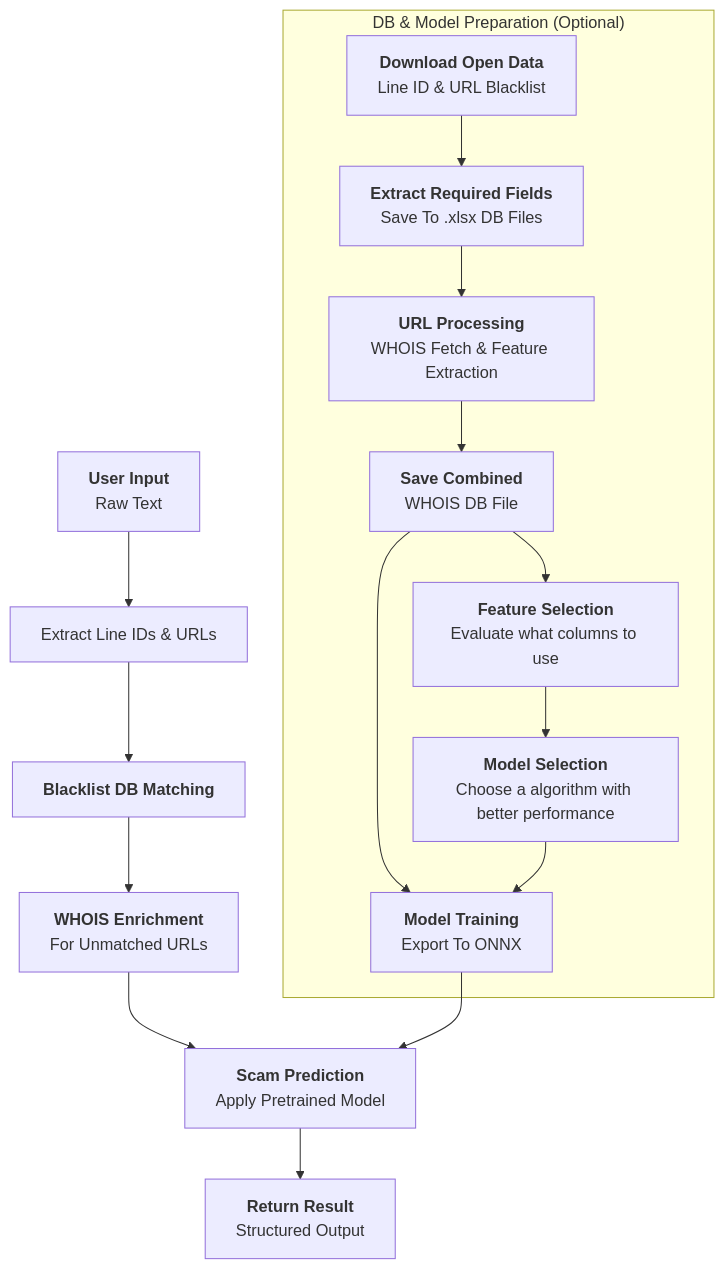
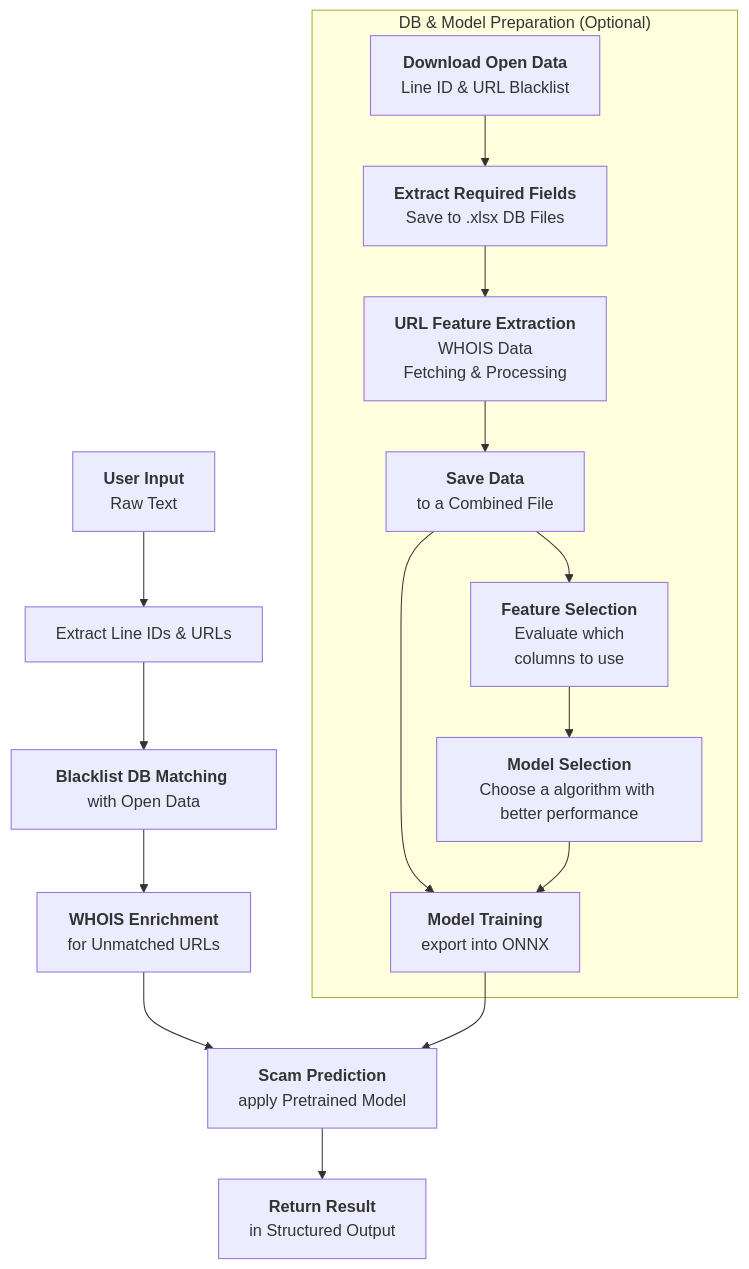
One commit to JerryHung1030/fraudlens-detector changed the diagram in README.md. Above: the diagram before and after it, drawn with Mermaid. The commit also changed other lines of this file and 20 other files, not shown here.

````diff
--- a/README.md
+++ b/README.md
@@ -59,28 +61,28 @@
 ```mermaid
 flowchart TD
     %% === Main Pipeline ===
     A["<b>User Input</b><br/>Raw Text"] --> B["Extract Line IDs & URLs"]
-    B --> C["<b>Blacklist DB Matching</b>"]
-    C --> D["<b>WHOIS Enrichment</b><br/>For Unmatched URLs"]
-    D --> E["<b>Scam Prediction</b><br/>Apply Pretrained Model"]
-    E --> F["<b>Return Result</b><br/>Structured Output"]
+    B --> C["<b>Blacklist DB Matching</b> with Open Data"]
+    C --> D["<b>WHOIS Enrichment</b><br/>for Unmatched URLs"]
+    D --> E["<b>Scam Prediction</b><br/>apply Pretrained Model"]
+    E --> F["<b>Return Result</b><br/>in Structured Output"]
 
     %% === Optional Workflow ===
     subgraph "DB & Model Preparation (Optional)"
         Z1["<b>Download Open Data</b><br/>Line ID & URL Blacklist"]
-        Z2["<b>Extract Required Fields</b><br/>Save To .xlsx DB Files"]
-        Z3["<b>URL Processing</b><br/>WHOIS Fetch & Feature Extraction"]
-        Z4["<b>Save Combined</b><br/>WHOIS DB File"]
-        Z5["<b>Model Training</b><br/>Export To ONNX"]
+        Z2["<b>Extract Required Fields</b><br/>Save to .xlsx DB Files"]
+        Z3["<b>URL Feature Extraction</b><br/>WHOIS Data <br> Fetching & Processing"]
+        Z4["<b>Save Data</b><br/>to a Combined File"]
+        Z5["<b>Model Training</b><br/>export into ONNX"]
 
-        Y1["<b>Feature Selection</b><br>Evaluate what columns to use"]
+        Y1["<b>Feature Selection</b><br>Evaluate which <br> columns to use"]
         Y2["<b>Model Selection</b><br>Choose a algorithm with better performance"]
 
         Z1 --> Z2 --> Z3 --> Z4 --> Z5
         Y1 --> Y2 --> Z5
         Z4 --> Y1
     end
 
     %% ===Connection===
     Z5 --> E
 ```
````
